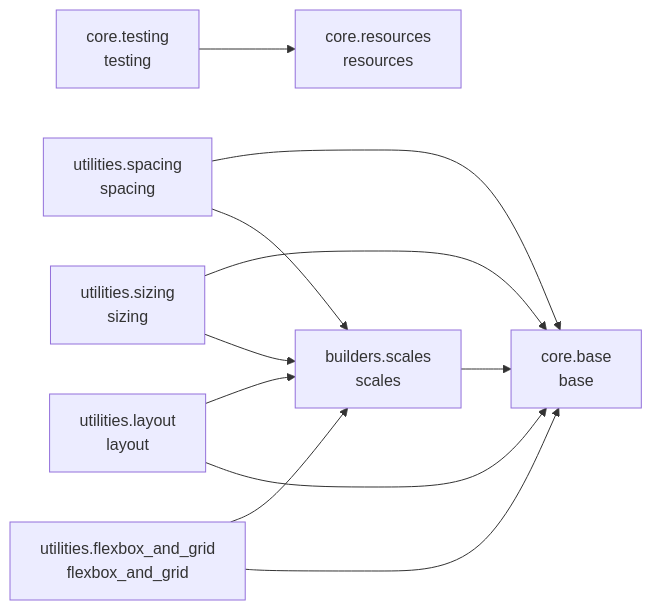
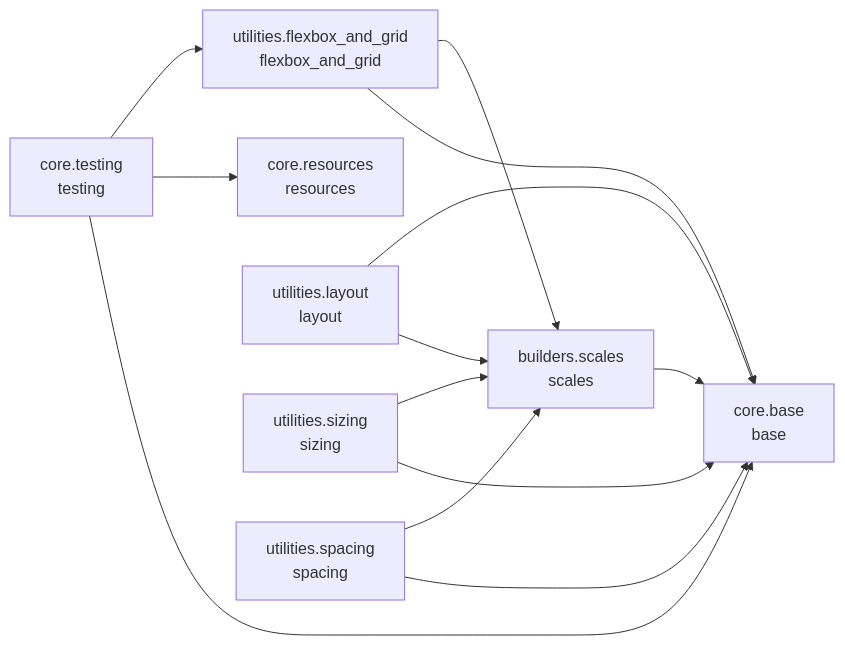
One commit to cj-mills/cjm-fasthtml-tailwind changed the diagram in README.md. Above: the diagram before and after it, drawn with Mermaid. The commit also changed other lines of this file and 4 other files, not shown here.

````diff
--- a/README.md
+++ b/README.md
@@ -31,22 +31,24 @@
 ``` mermaid
 graph LR
     builders_scales[builders.scales<br/>scales]
     core_base[core.base<br/>base]
     core_resources[core.resources<br/>resources]
     core_testing[core.testing<br/>testing]
     utilities_flexbox_and_grid[utilities.flexbox_and_grid<br/>flexbox_and_grid]
     utilities_layout[utilities.layout<br/>layout]
     utilities_sizing[utilities.sizing<br/>sizing]
     utilities_spacing[utilities.spacing<br/>spacing]
 
     builders_scales --> core_base
+    core_testing --> core_base
     core_testing --> core_resources
+    core_testing --> utilities_flexbox_and_grid
     utilities_flexbox_and_grid --> core_base
     utilities_flexbox_and_grid --> builders_scales
+    utilities_layout --> builders_scales
     utilities_layout --> core_base
-    utilities_layout --> builders_scales
+    utilities_sizing --> core_base
     utilities_sizing --> builders_scales
-    utilities_sizing --> core_base
+    utilities_spacing --> core_base
     utilities_spacing --> builders_scales
-    utilities_spacing --> core_base
 ```
````
